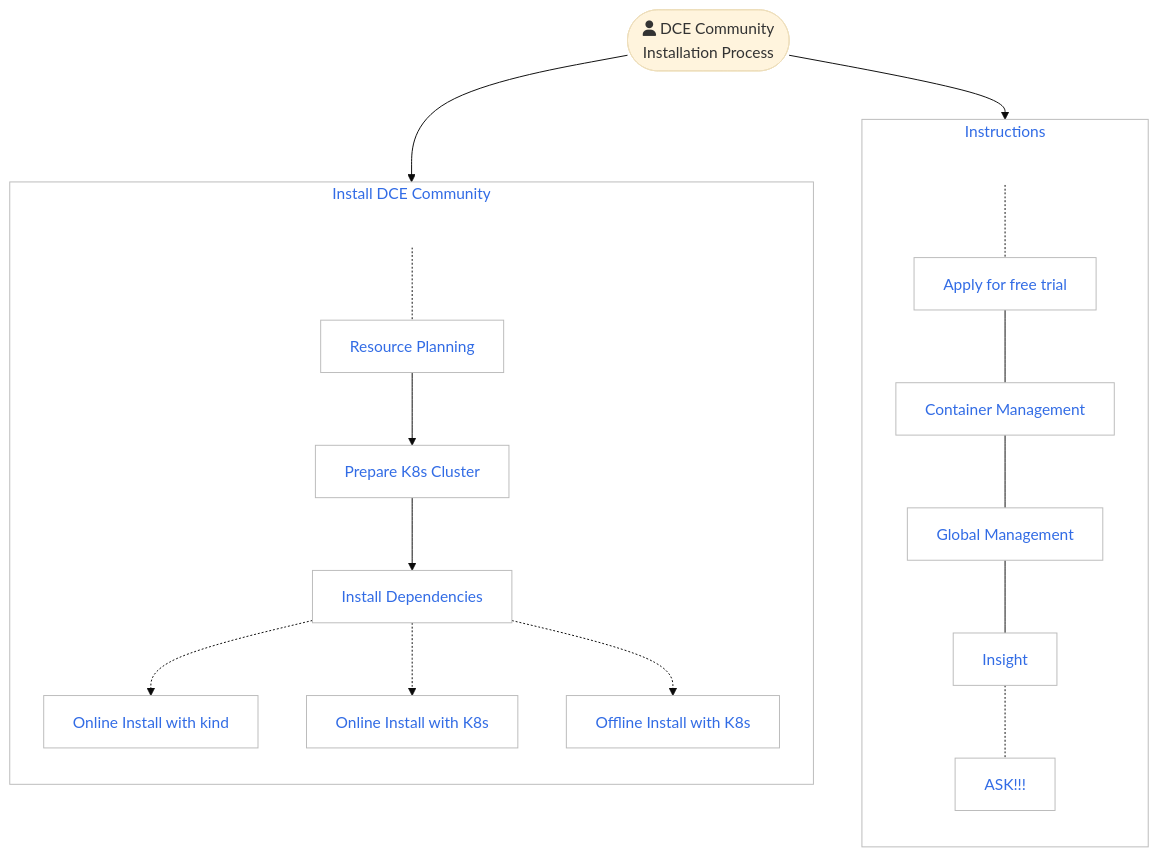
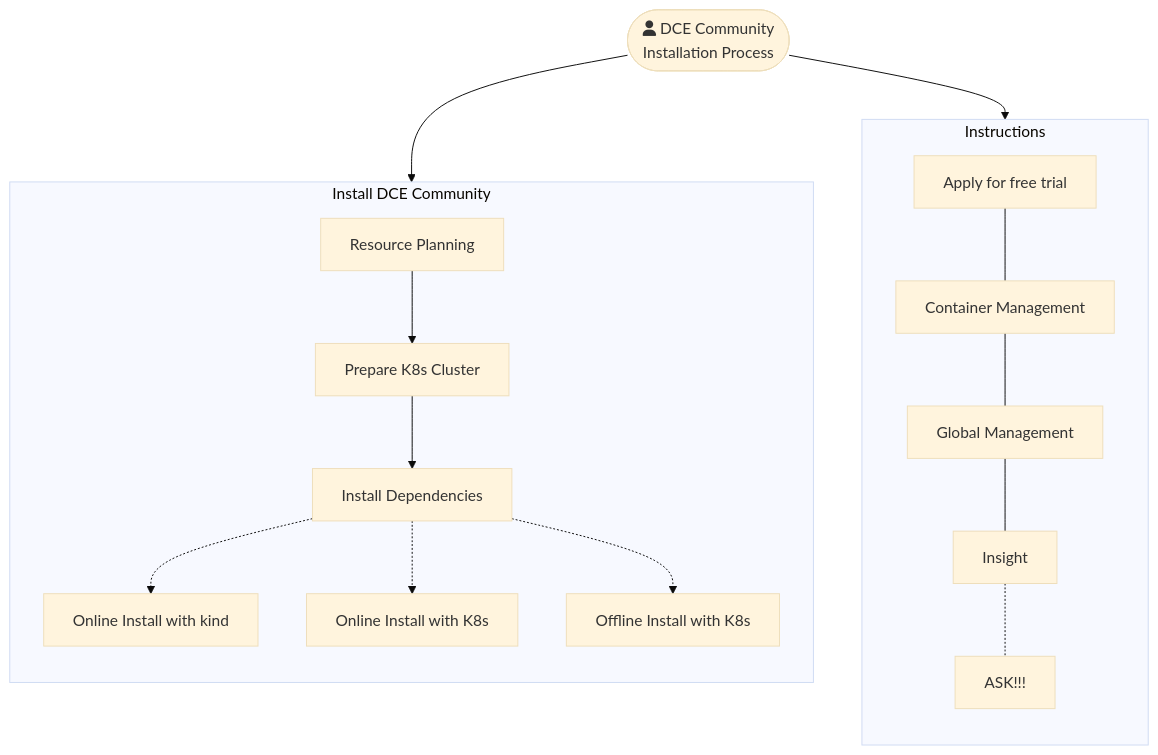
The first of 2 diagrams in docs/en/docs/install/index.md (DaoCloud/DaoCloud-docs), drawn with Mermaid (base theme) before and after one commit. The commit also changed other lines of this file and 1 other file, not shown here.

Commit message:
update mermaid on install/index.md (#7554)

````diff
--- a/docs/en/docs/install/index.md
+++ b/docs/en/docs/install/index.md
@@ -65,47 +65,35 @@
 ```mermaid
 flowchart TB
 
 subgraph second[Instructions]
     direction TB
-    U[ ] -.-
     free[Apply for free trial] --- kpanda[Container Management]
     kpanda --- ghippo[Global Management]
     ghippo --- insight[Insight]
     insight -.- ask[ASK!!!]
 end
 
 subgraph first[Install DCE Community]
     direction TB
-    S[ ] -.-
     plan[Resource Planning] --> k8s[Prepare K8s Cluster]
     k8s --> tools[Install Dependencies]
     tools -.-> kind[Online Install with kind]
     tools -.-> s1[Online Install with K8s]
     tools -.-> s2[Offline Install with K8s]
 end
 
 start([fa:fa-user DCE Community<br>Installation Process]) --> first
 start --> second
-
-classDef grey fill:#dddddd,stroke:#ffffff,stroke-width:px,color:#000000, font-size:15px;
-classDef white fill:#ffffff,stroke:#000,stroke-width:px,color:#000,font-weight:bold
-classDef spacewhite fill:#ffffff,stroke:#fff,stroke-width:0px,color:#000
-classDef plain fill:#ddd,stroke:#fff,stroke-width:1px,color:#000;
-classDef k8s fill:#326ce5,stroke:#fff,stroke-width:1px,color:#fff;
-classDef cluster fill:#fff,stroke:#bbb,stroke-width:1px,color:#326ce5;
-
-class plan,k8s,tools,kind,s1,s2,kpanda,ghippo,insight,free,ask cluster;
-class S,U spacewhite
 
 click plan "https://docs.daocloud.io/en/install/community/resources.html"
 click k8s "https://docs.daocloud.io/en/install/community/kind/online.html#install-kind-cluster"
 click tools "https://docs.daocloud.io/en/install/install-tools.html"
 click kind "https://docs.daocloud.io/en/install/community/kind/online.html"
 click s1 "https://docs.daocloud.io/en/install/community/k8s/online.html"
 click s2 "https://docs.daocloud.io/en/install/community/k8s/offline.html"
 click kpanda "https://docs.daocloud.io/en/kpanda/intro/"
 click ghippo "https://docs.daocloud.io/en/ghippo/intro/"
 click insight "https://docs.daocloud.io/en/insight/intro/"
 click free "https://docs.daocloud.io/en/dce/license0.html"
 click ask "https://docs.daocloud.io/en/install/index.html#contact-us"
 ```
````
